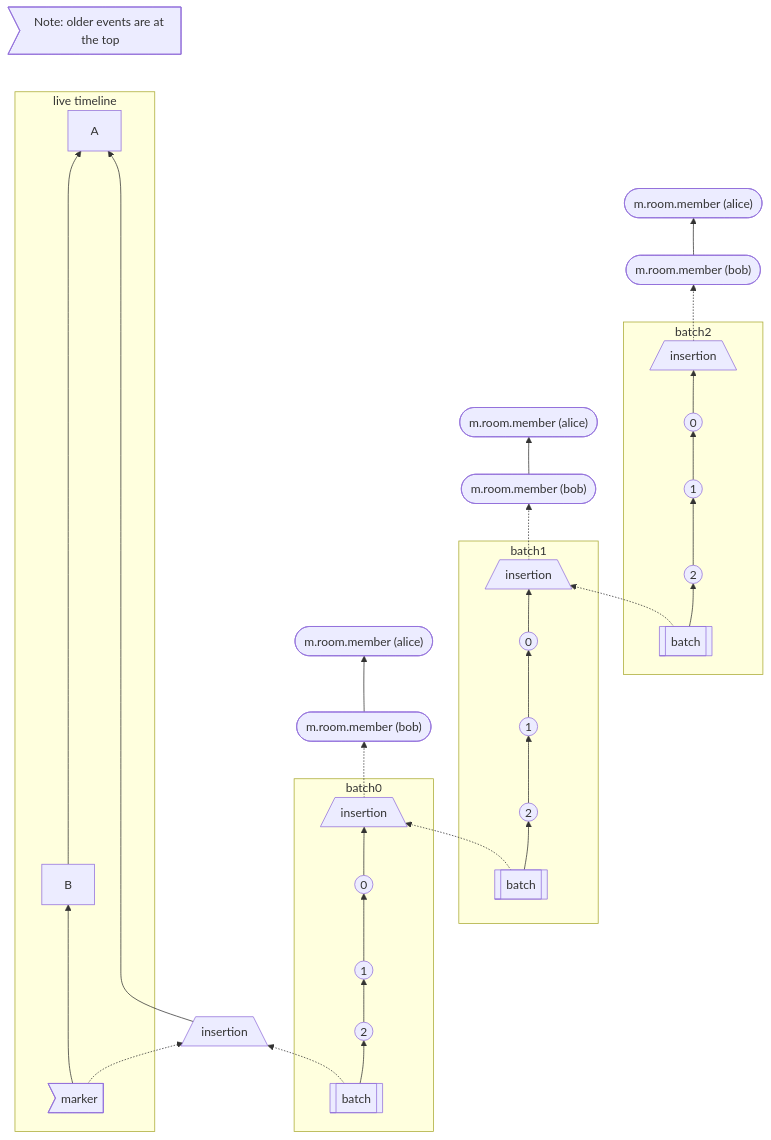
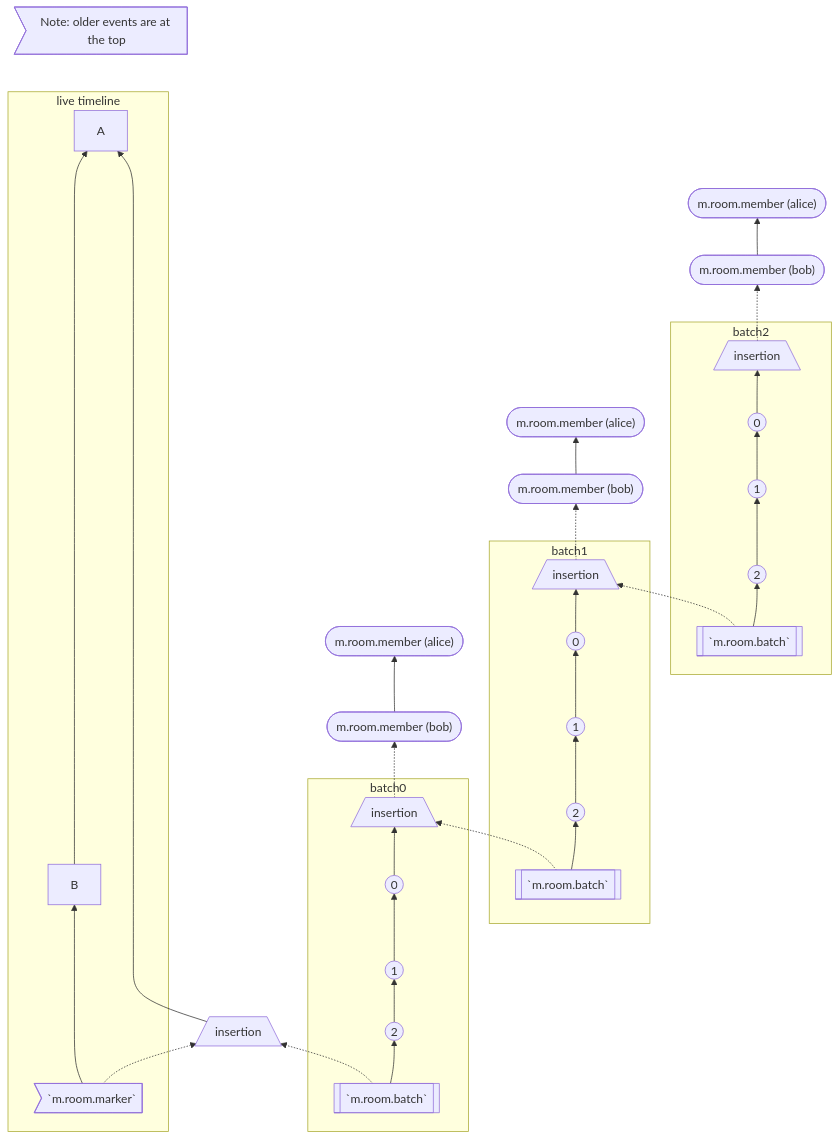
The third of 3 diagrams in proposals/2716-batch-send-historical-messages.md (matrix-org/matrix-spec-proposals), drawn with Mermaid before and after one commit. The commit also changed other lines of this file, not shown here.

````diff
--- a/proposals/2716-batch-send-historical-messages.md
+++ b/proposals/2716-batch-send-historical-messages.md
@@ -476,33 +476,33 @@
 ```mermaid
 flowchart BT
     A --- annotation1>"Note: older events are at the top"]
     subgraph live timeline
-        marker1>"marker"] ----> B -----------------> A
+        marker1>`m.room.marker`] ----> B -----------------> A
     end
     
     subgraph batch0
-        batch0-batch[["batch"]] --> batch0-2(("2")) --> batch0-1((1)) --> batch0-0((0)) --> batch0-insertion[/insertion\]
+        batch0-batch[[`m.room.batch`]] --> batch0-2(("2")) --> batch0-1((1)) --> batch0-0((0)) --> batch0-insertion[/insertion\]
     end
 
     subgraph batch1
-        batch1-batch[["batch"]] --> batch1-2(("2")) --> batch1-1((1)) --> batch1-0((0)) --> batch1-insertion[/insertion\]
+        batch1-batch[[`m.room.batch`]] --> batch1-2(("2")) --> batch1-1((1)) --> batch1-0((0)) --> batch1-insertion[/insertion\]
     end
     
     subgraph batch2
-        batch2-batch[["batch"]] --> batch2-2(("2")) --> batch2-1((1)) --> batch2-0((0)) --> batch2-insertion[/insertion\]
+        batch2-batch[[`m.room.batch`]] --> batch2-2(("2")) --> batch2-1((1)) --> batch2-0((0)) --> batch2-insertion[/insertion\]
     end
 
 
     batch0-insertion -.-> memberBob0(["m.room.member (bob)"]) --> memberAlice0(["m.room.member (alice)"])
     batch1-insertion -.-> memberBob1(["m.room.member (bob)"]) --> memberAlice1(["m.room.member (alice)"])
     batch2-insertion -.-> memberBob2(["m.room.member (bob)"]) --> memberAlice2(["m.room.member (alice)"])
 
     marker1 -.-> batch0-insertionBase
     batch0-insertionBase[/insertion\] ---------------> A
     batch0-batch -.-> batch0-insertionBase[/insertion\]
     batch1-batch -.-> batch0-insertion
     batch2-batch -.-> batch1-insertion
 
     %% make the annotation links invisible
     linkStyle 0 stroke-width:2px,fill:none,stroke:none;
 ```
````
